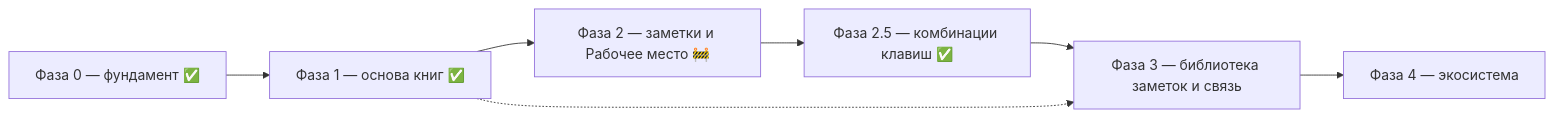
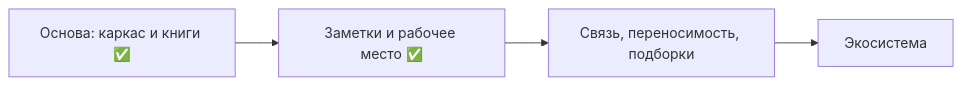
One commit to jarogor/context-app changed the diagram in ROADMAP.md. Above: the diagram before and after it, drawn with Mermaid. The commit also changed other lines of this file and 6 other files, not shown here.

````diff
--- a/ROADMAP.md
+++ b/ROADMAP.md
@@ -236,9 +73,6 @@
 ```mermaid
 flowchart LR
-  P0["Фаза 0 — фундамент ✅"] --> P1["Фаза 1 — основа книг ✅"]
-  P1 --> P2["Фаза 2 — заметки и Рабочее место 🚧"]
-  P2 --> P25["Фаза 2.5 — комбинации клавиш ✅"]
-  P25 --> P3["Фаза 3 — библиотека заметок и связь"]
-  P3 --> P4["Фаза 4 — экосистема"]
-  P1 -.-> P3
+  P1["Основа: каркас и книги ✅"] --> P2["Заметки и рабочее место ✅"]
+  P2 --> P3["Связь, переносимость, подборки"]
+  P3 --> P4["Экосистема"]
 ```
````
